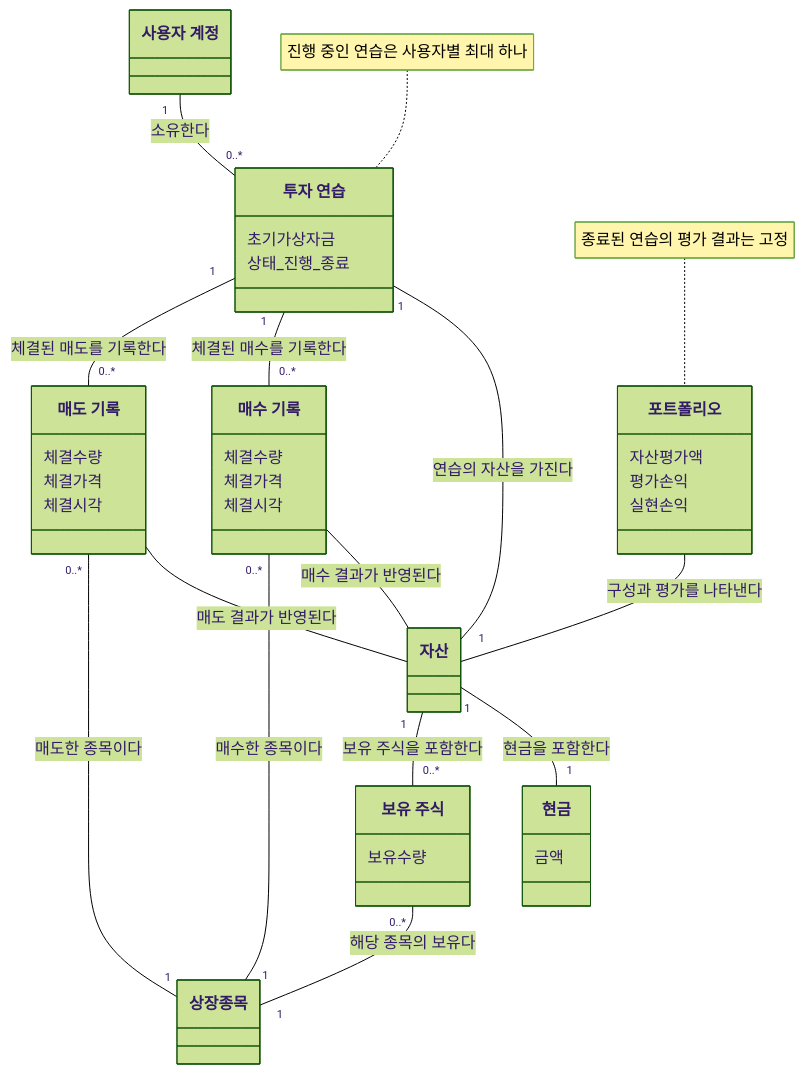
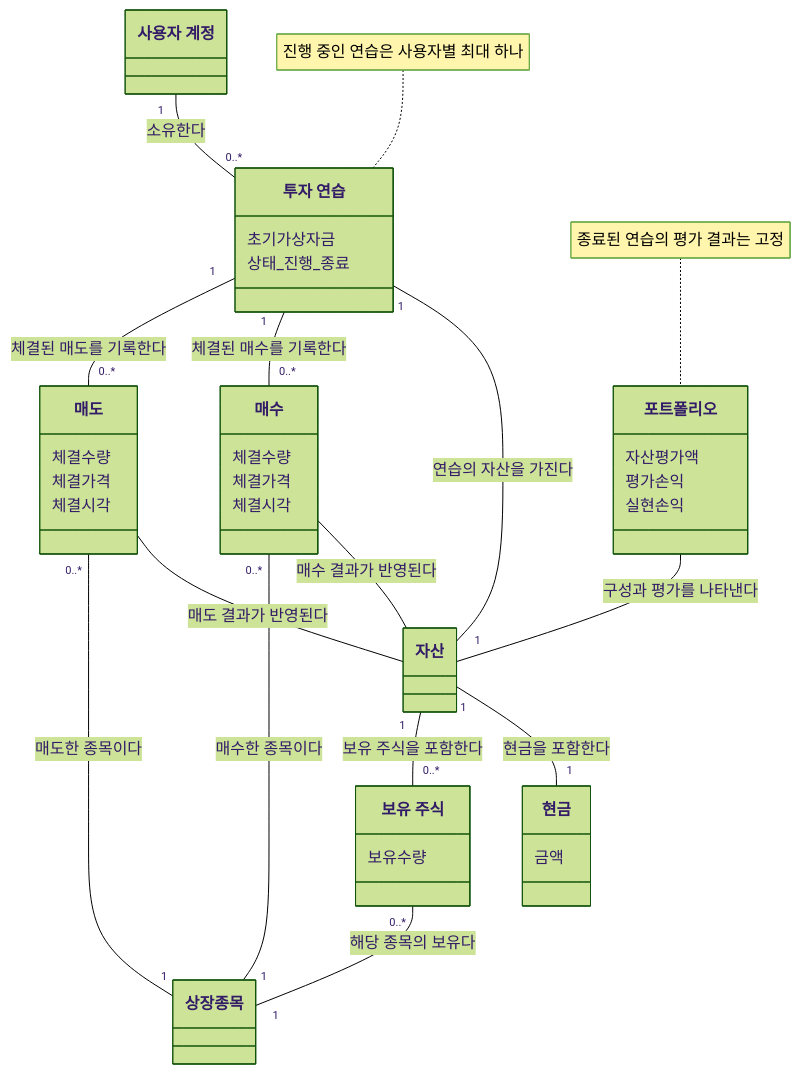
Before and after one commit to PhilPark-geosr/stock-agent: the diagram in design/paper_trading_domain_model.md, drawn with Mermaid (forest theme). The commit also changed other lines of this file and 3 other files, not shown here.

Commit message:
docs: name domain concepts buy and sell

````diff
--- a/design/paper_trading_domain_model.md
+++ b/design/paper_trading_domain_model.md
@@ -13,49 +13,49 @@
 ```mermaid
 classDiagram
     direction TB
 
     class Account["사용자 계정"]
     class Practice["투자 연습"] {
         초기가상자금
         상태_진행_종료
     }
     class Assets["자산"]
     class Cash["현금"] {
         금액
     }
     class Holding["보유 주식"] {
         보유수량
     }
-    class Buy["매수 기록"] {
+    class Buy["매수"] {
         체결수량
         체결가격
         체결시각
     }
-    class Sell["매도 기록"] {
+    class Sell["매도"] {
         체결수량
         체결가격
         체결시각
     }
     class Security["상장종목"]
     class Portfolio["포트폴리오"] {
         자산평가액
         평가손익
         실현손익
     }
 
     Account "1" -- "0..*" Practice : 소유한다
     Practice "1" -- "1" Assets : 연습의 자산을 가진다
     Practice "1" -- "0..*" Buy : 체결된 매수를 기록한다
     Practice "1" -- "0..*" Sell : 체결된 매도를 기록한다
     Buy -- Assets : 매수 결과가 반영된다
     Sell -- Assets : 매도 결과가 반영된다
     Assets "1" -- "1" Cash : 현금을 포함한다
     Assets "1" -- "0..*" Holding : 보유 주식을 포함한다
     Holding "0..*" -- "1" Security : 해당 종목의 보유다
     Buy "0..*" -- "1" Security : 매수한 종목이다
     Sell "0..*" -- "1" Security : 매도한 종목이다
     Portfolio -- Assets : 구성과 평가를 나타낸다
 
     note for Practice "진행 중인 연습은 사용자별 최대 하나"
     note for Portfolio "종료된 연습의 평가 결과는 고정"
 ```
````
